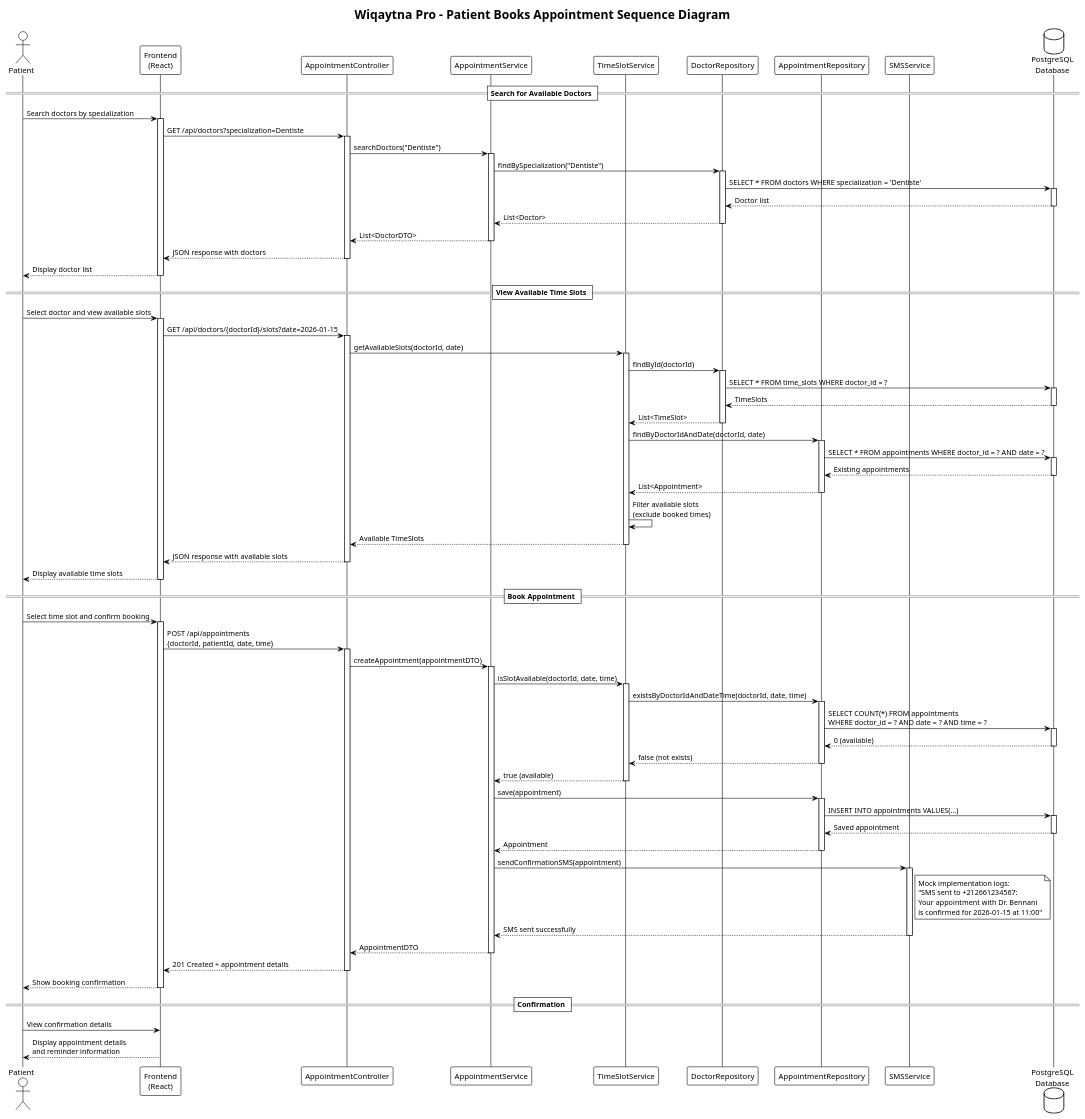
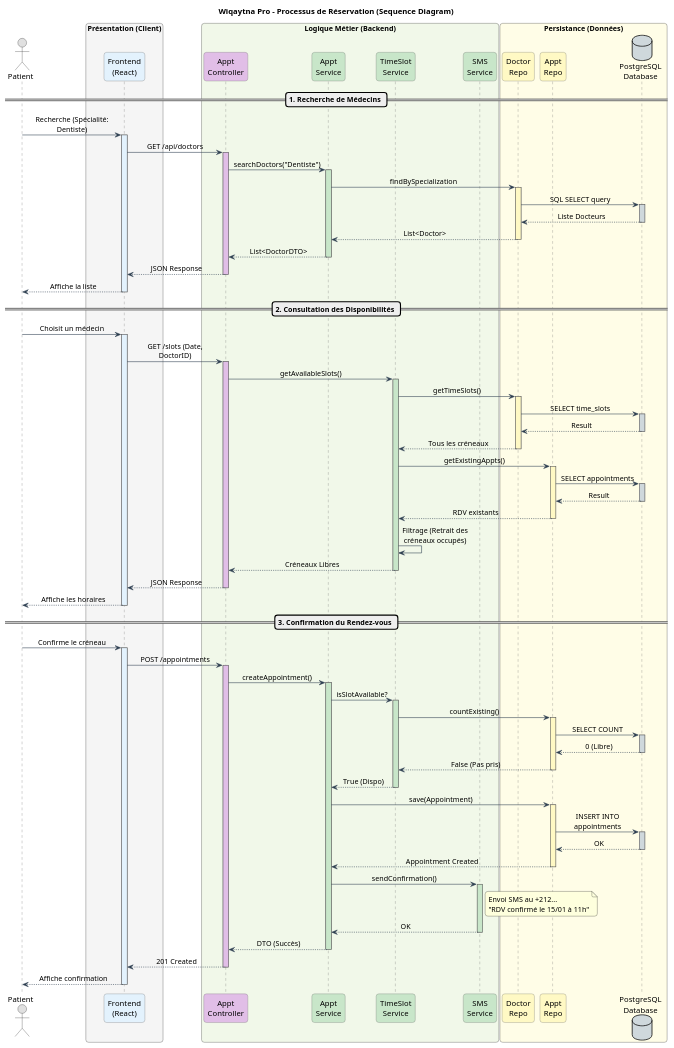
The diagram in uml/sequence-booking.puml (MALTOisHERE/wiqaytna-pro), drawn with PlantUML before and after one commit. The commit also changed 87 other files, not shown here.

```diff
--- a/uml/sequence-booking.puml
+++ b/uml/sequence-booking.puml
@@ -1,132 +1,171 @@
-@startuml Wiqaytna_Pro_Sequence_Booking
-!theme plain
-title Wiqaytna Pro - Patient Books Appointment Sequence Diagram
+@startuml Wiqaytna_Pro_Sequence_Colored
+' --- STYLE ET CONFIGURATION ---
+skinparam backgroundColor white
+skinparam handwritten false
+skinparam shadow true
+skinparam roundCorner 10
+skinparam sequenceMessageAlign center
+skinparam maxMessageSize 150
 
-actor Patient
-participant "Frontend\n(React)" as Frontend
-participant "AppointmentController" as Controller
-participant "AppointmentService" as Service
-participant "TimeSlotService" as TimeSlotService
-participant "DoctorRepository" as DoctorRepo
-participant "AppointmentRepository" as AppointmentRepo
-participant "SMSService" as SMSService
-database "PostgreSQL\nDatabase" as DB
+' Couleurs des flèches et activations
+skinparam sequence {
+    ArrowColor #2C3E50
+    LifeLineBorderColor #666666
+    LifeLineBackgroundColor white
+    ParticipantBorderColor #666666
+}
 
-== Search for Available Doctors ==
+title Wiqaytna Pro - Processus de Réservation (Sequence Diagram)
 
-Patient -> Frontend: Search doctors by specialization
-activate Frontend
-Frontend -> Controller: GET /api/doctors?specialization=Dentiste
-activate Controller
+' --- DÉFINITION DES ACTEURS ET PARTICIPANTS GROUPÉS ---
+
+actor "Patient" as Patient #E0E0E0
+
+box "Présentation (Client)" #F5F5F5
+    participant "Frontend\n(React)" as Frontend #E3F2FD
+end box
+
+box "Logique Métier (Backend)" #F1F8E9
+    participant "Appt\nController" as Controller #E1BEE7
+    participant "Appt\nService" as Service #C8E6C9
+    participant "TimeSlot\nService" as TimeSlotService #C8E6C9
+    participant "SMS\nService" as SMSService #C8E6C9
+end box
+
+box "Persistance (Données)" #FFFDE7
+    participant "Doctor\nRepo" as DoctorRepo #FFF9C4
+    participant "Appt\nRepo" as AppointmentRepo #FFF9C4
+    database "PostgreSQL\nDatabase" as DB #CFD8DC
+end box
+
+' --- 1. RECHERCHE DE MÉDECINS ---
+== 1. Recherche de Médecins ==
+
+Patient -> Frontend: Recherche (Spécialité: Dentiste)
+activate Frontend #E3F2FD
+
+Frontend -> Controller: GET /api/doctors
+activate Controller #E1BEE7
+
 Controller -> Service: searchDoctors("Dentiste")
-activate Service
-Service -> DoctorRepo: findBySpecialization("Dentiste")
-activate DoctorRepo
-DoctorRepo -> DB: SELECT * FROM doctors WHERE specialization = 'Dentiste'
-activate DB
-DB --> DoctorRepo: Doctor list
+activate Service #C8E6C9
+
+Service -> DoctorRepo: findBySpecialization
+activate DoctorRepo #FFF9C4
+
+DoctorRepo -> DB: SQL SELECT query
+activate DB #CFD8DC
+DB --> DoctorRepo: Liste Docteurs
 deactivate DB
+
 DoctorRepo --> Service: List<Doctor>
 deactivate DoctorRepo
+
 Service --> Controller: List<DoctorDTO>
 deactivate Service
-Controller --> Frontend: JSON response with doctors
+
+Controller --> Frontend: JSON Response
 deactivate Controller
-Frontend --> Patient: Display doctor list
+
+Frontend --> Patient: Affiche la liste
 deactivate Frontend
 
-== View Available Time Slots ==
+' --- 2. CONSULTATION DES CRÉNEAUX ---
+== 2. Consultation des Disponibilités ==
 
-Patient -> Frontend: Select doctor and view available slots
-activate Frontend
-Frontend -> Controller: GET /api/doctors/{doctorId}/slots?date=2026-01-15
-activate Controller
-Controller -> TimeSlotService: getAvailableSlots(doctorId, date)
-activate TimeSlotService
-TimeSlotService -> DoctorRepo: findById(doctorId)
-activate DoctorRepo
-DoctorRepo -> DB: SELECT * FROM time_slots WHERE doctor_id = ?
-activate DB
-DB --> DoctorRepo: TimeSlots
+Patient -> Frontend: Choisit un médecin
+activate Frontend #E3F2FD
+
+Frontend -> Controller: GET /slots (Date, DoctorID)
+activate Controller #E1BEE7
+
+Controller -> TimeSlotService: getAvailableSlots()
+activate TimeSlotService #C8E6C9
+
+' Récupération des créneaux théoriques
+TimeSlotService -> DoctorRepo: getTimeSlots()
+activate DoctorRepo #FFF9C4
+DoctorRepo -> DB: SELECT time_slots
+activate DB #CFD8DC
+DB --> DoctorRepo: Result
 deactivate DB
-DoctorRepo --> TimeSlotService: List<TimeSlot>
+DoctorRepo --> TimeSlotService: Tous les créneaux
 deactivate DoctorRepo
 
-TimeSlotService -> AppointmentRepo: findByDoctorIdAndDate(doctorId, date)
-activate AppointmentRepo
-AppointmentRepo -> DB: SELECT * FROM appointments WHERE doctor_id = ? AND date = ?
-activate DB
-DB --> AppointmentRepo: Existing appointments
+' Récupération des RDV déjà pris
+TimeSlotService -> AppointmentRepo: getExistingAppts()
+activate AppointmentRepo #FFF9C4
+AppointmentRepo -> DB: SELECT appointments
+activate DB #CFD8DC
+DB --> AppointmentRepo: Result
 deactivate DB
-AppointmentRepo --> TimeSlotService: List<Appointment>
+AppointmentRepo --> TimeSlotService: RDV existants
 deactivate AppointmentRepo
 
-TimeSlotService -> TimeSlotService: Filter available slots\n(exclude booked times)
-TimeSlotService --> Controller: Available TimeSlots
+TimeSlotService -> TimeSlotService: Filtrage (Retrait des créneaux occupés)
+
+TimeSlotService --> Controller: Créneaux Libres
 deactivate TimeSlotService
-Controller --> Frontend: JSON response with available slots
+
+Controller --> Frontend: JSON Response
 deactivate Controller
-Frontend --> Patient: Display available time slots
+
+Frontend --> Patient: Affiche les horaires
 deactivate Frontend
 
-== Book Appointment ==
+' --- 3. RÉSERVATION ---
+== 3. Confirmation du Rendez-vous ==
 
-Patient -> Frontend: Select time slot and confirm booking
-activate Frontend
-Frontend -> Controller: POST /api/appointments\n{doctorId, patientId, date, time}
-activate Controller
+Patient -> Frontend: Confirme le créneau
+activate Frontend #E3F2FD
 
-Controller -> Service: createAppointment(appointmentDTO)
-activate Service
+Frontend -> Controller: POST /appointments
+activate Controller #E1BEE7
 
-' Validate availability
-Service -> TimeSlotService: isSlotAvailable(doctorId, date, time)
-activate TimeSlotService
-TimeSlotService -> AppointmentRepo: existsByDoctorIdAndDateTime(doctorId, date, time)
-activate AppointmentRepo
-AppointmentRepo -> DB: SELECT COUNT(*) FROM appointments\nWHERE doctor_id = ? AND date = ? AND time = ?
-activate DB
-DB --> AppointmentRepo: 0 (available)
+Controller -> Service: createAppointment()
+activate Service #C8E6C9
+
+' Double validation
+Service -> TimeSlotService: isSlotAvailable?
+activate TimeSlotService #C8E6C9
+TimeSlotService -> AppointmentRepo: countExisting()
+activate AppointmentRepo #FFF9C4
+AppointmentRepo -> DB: SELECT COUNT
+activate DB #CFD8DC
+DB --> AppointmentRepo: 0 (Libre)
 deactivate DB
-AppointmentRepo --> TimeSlotService: false (not exists)
+AppointmentRepo --> TimeSlotService: False (Pas pris)
 deactivate AppointmentRepo
-TimeSlotService --> Service: true (available)
+TimeSlotService --> Service: True (Dispo)
 deactivate TimeSlotService
 
-' Create appointment
-Service -> AppointmentRepo: save(appointment)
-activate AppointmentRepo
-AppointmentRepo -> DB: INSERT INTO appointments VALUES(...)
-activate DB
-DB --> AppointmentRepo: Saved appointment
+' Sauvegarde
+Service -> AppointmentRepo: save(Appointment)
+activate AppointmentRepo #FFF9C4
+AppointmentRepo -> DB: INSERT INTO appointments
+activate DB #CFD8DC
+DB --> AppointmentRepo: OK
 deactivate DB
-AppointmentRepo --> Service: Appointment
+AppointmentRepo --> Service: Appointment Created
 deactivate AppointmentRepo
 
-' Send SMS reminder
-Service -> SMSService: sendConfirmationSMS(appointment)
-activate SMSService
+' Notification
+Service -> SMSService: sendConfirmation()
+activate SMSService #C8E6C9
 note right of SMSService
-  Mock implementation logs:
-  "SMS sent to +212661234567:
-  Your appointment with Dr. Bennani
-  is confirmed for 2026-01-15 at 11:00"
+  Envoi SMS au +212...
+  "RDV confirmé le 15/01 à 11h"
 end note
-SMSService --> Service: SMS sent successfully
+SMSService --> Service: OK
 deactivate SMSService
 
-Service --> Controller: AppointmentDTO
+Service --> Controller: DTO (Succès)
 deactivate Service
 
-Controller --> Frontend: 201 Created + appointment details
+Controller --> Frontend: 201 Created
 deactivate Controller
 
-Frontend --> Patient: Show booking confirmation
+Frontend --> Patient: Affiche confirmation
 deactivate Frontend
 
-== Confirmation ==
-
-Patient -> Frontend: View confirmation details
-Frontend --> Patient: Display appointment details\nand reminder information
-
 @enduml
```
